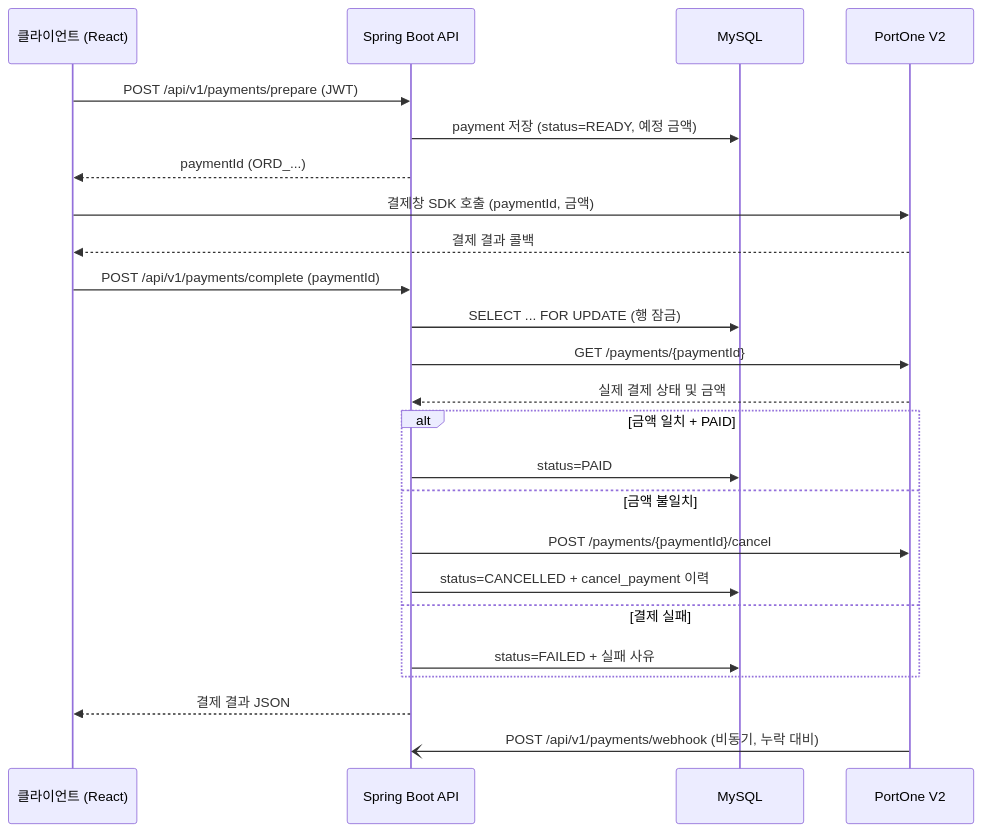
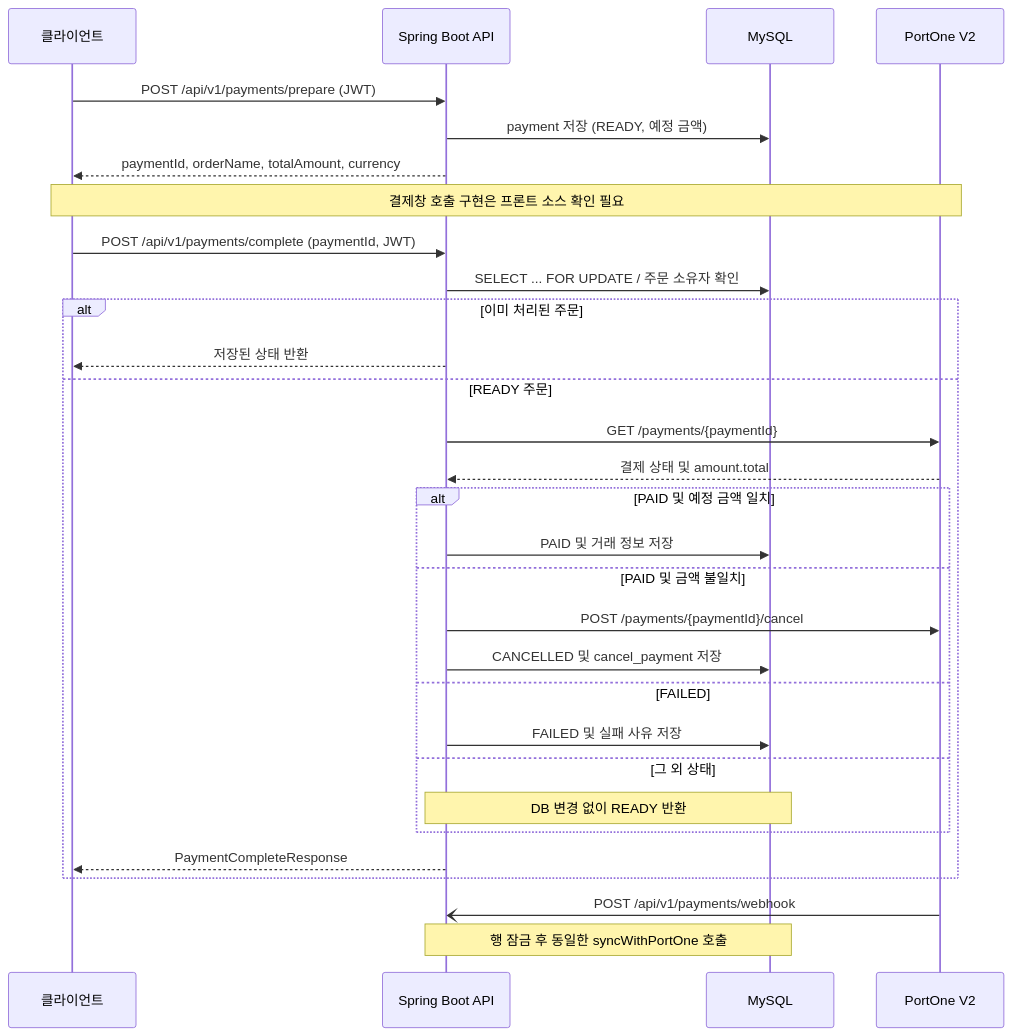
Before and after one commit to likelion-backend-25th/petory: the second of 3 diagrams in docs/02_design/01_architecture.md, drawn with Mermaid. The commit also changed other lines of this file, not shown here.

````diff
--- a/docs/02_design/01_architecture.md
+++ b/docs/02_design/01_architecture.md
@@ -108,27 +173,33 @@
 ```mermaid
 sequenceDiagram
-    participant C as 클라이언트 (React)
+    participant C as 클라이언트
     participant S as Spring Boot API
     participant DB as MySQL
     participant P as PortOne V2
 
     C->>S: POST /api/v1/payments/prepare (JWT)
-    S->>DB: payment 저장 (status=READY, 예정 금액)
-    S-->>C: paymentId (ORD_...)
-    C->>P: 결제창 SDK 호출 (paymentId, 금액)
-    P-->>C: 결제 결과 콜백
-    C->>S: POST /api/v1/payments/complete (paymentId)
-    S->>DB: SELECT ... FOR UPDATE (행 잠금)
-    S->>P: GET /payments/{paymentId}
-    P-->>S: 실제 결제 상태 및 금액
-    alt 금액 일치 + PAID
-        S->>DB: status=PAID
-    else 금액 불일치
-        S->>P: POST /payments/{paymentId}/cancel
-        S->>DB: status=CANCELLED + cancel_payment 이력
-    else 결제 실패
-        S->>DB: status=FAILED + 실패 사유
+    S->>DB: payment 저장 (READY, 예정 금액)
+    S-->>C: paymentId, orderName, totalAmount, currency
+    Note over C,P: 결제창 호출 구현은 프론트 소스 확인 필요
+    C->>S: POST /api/v1/payments/complete (paymentId, JWT)
+    S->>DB: SELECT ... FOR UPDATE / 주문 소유자 확인
+    alt 이미 처리된 주문
+        S-->>C: 저장된 상태 반환
+    else READY 주문
+        S->>P: GET /payments/{paymentId}
+        P-->>S: 결제 상태 및 amount.total
+        alt PAID 및 예정 금액 일치
+            S->>DB: PAID 및 거래 정보 저장
+        else PAID 및 금액 불일치
+            S->>P: POST /payments/{paymentId}/cancel
+            S->>DB: CANCELLED 및 cancel_payment 저장
+        else FAILED
+            S->>DB: FAILED 및 실패 사유 저장
+        else 그 외 상태
+            Note over S,DB: DB 변경 없이 READY 반환
+        end
+        S-->>C: PaymentCompleteResponse
     end
-    S-->>C: 결제 결과 JSON
-    P-)S: POST /api/v1/payments/webhook (비동기, 누락 대비)
+    P-)S: POST /api/v1/payments/webhook
+    Note over S,DB: 행 잠금 후 동일한 syncWithPortOne 호출
 ```
````
